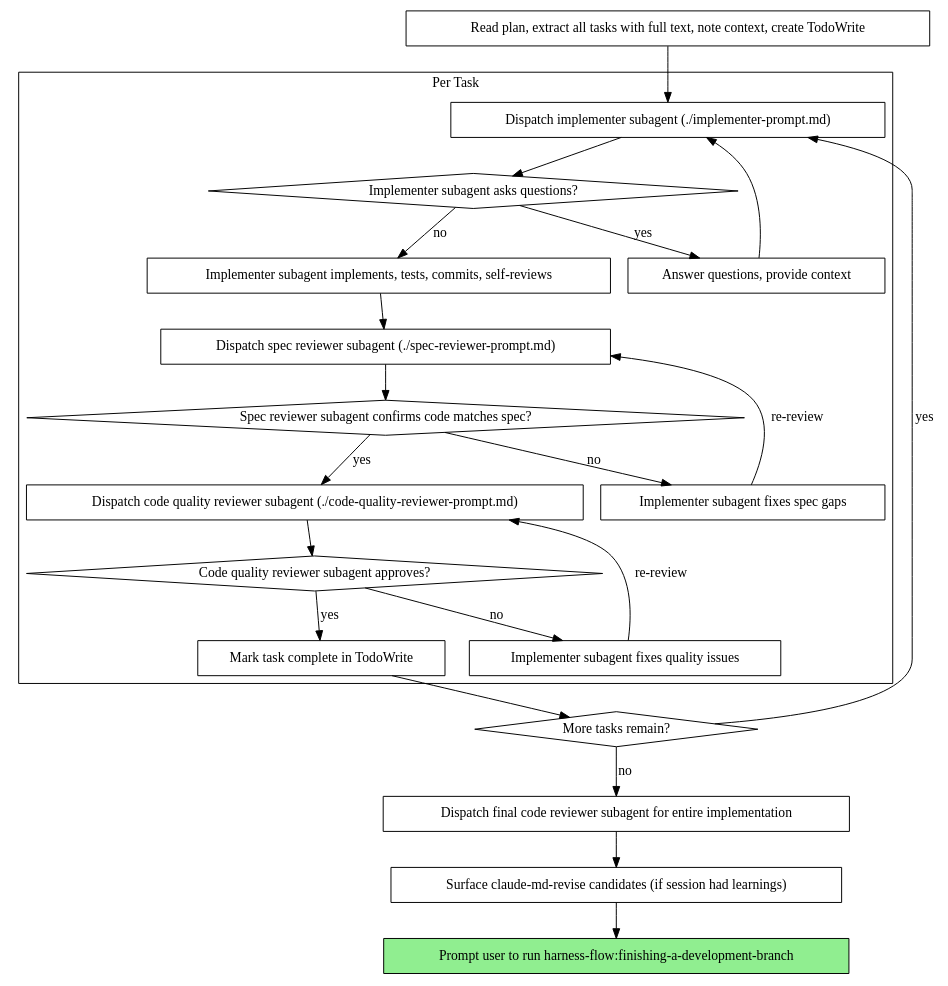
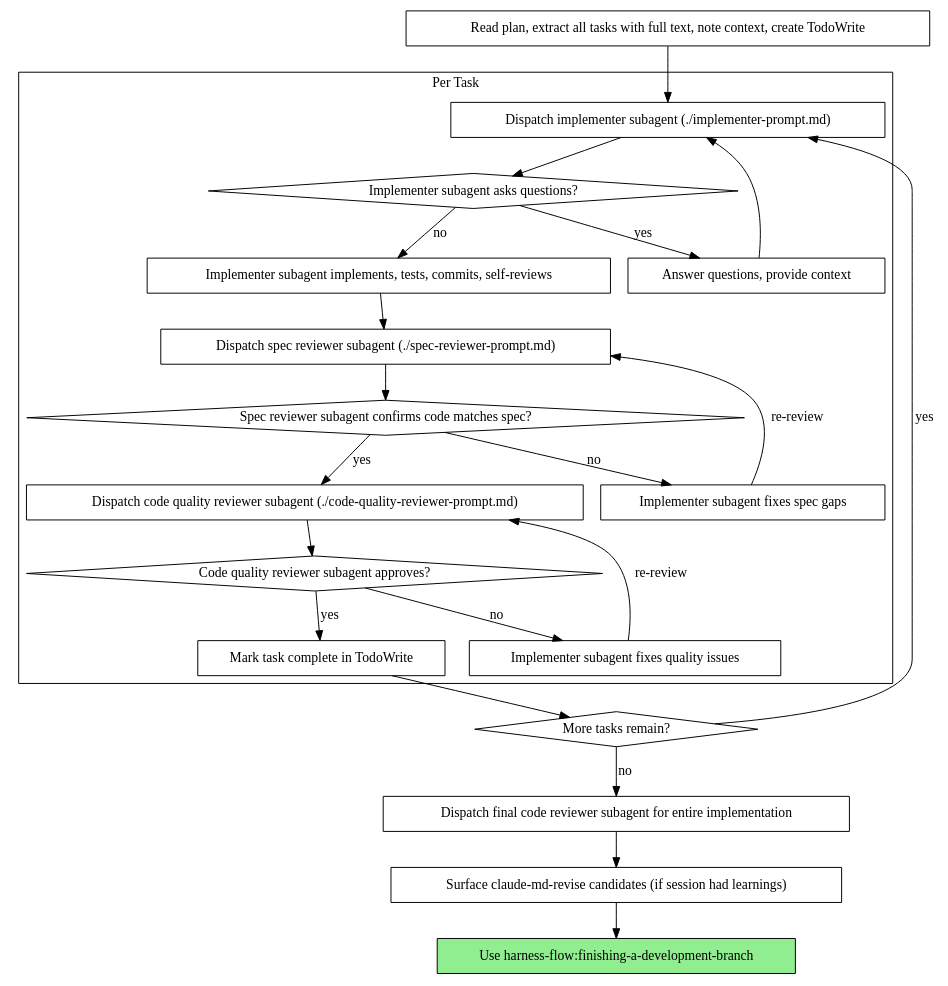
One commit to wonjinsin/harness-flow changed the second of 2 diagrams in skills/subagent-driven-development/SKILL.md. Above: the diagram before and after it, drawn with Graphviz. The commit also changed other lines of this file and 2 other files, not shown here.

First line of the commit message:
fix(skill): restore claude-md-revise in subagent-driven-development, drop phantom refs

````diff
--- a/skills/subagent-driven-development/SKILL.md
+++ b/skills/subagent-driven-development/SKILL.md
@@ -32,46 +34,46 @@
 ```dot
 digraph process {
     rankdir=TB;
 
     subgraph cluster_per_task {
         label="Per Task";
         "Dispatch implementer subagent (./implementer-prompt.md)" [shape=box];
         "Implementer subagent asks questions?" [shape=diamond];
         "Answer questions, provide context" [shape=box];
         "Implementer subagent implements, tests, commits, self-reviews" [shape=box];
         "Dispatch spec reviewer subagent (./spec-reviewer-prompt.md)" [shape=box];
         "Spec reviewer subagent confirms code matches spec?" [shape=diamond];
         "Implementer subagent fixes spec gaps" [shape=box];
         "Dispatch code quality reviewer subagent (./code-quality-reviewer-prompt.md)" [shape=box];
         "Code quality reviewer subagent approves?" [shape=diamond];
         "Implementer subagent fixes quality issues" [shape=box];
         "Mark task complete in TodoWrite" [shape=box];
     }
 
     "Read plan, extract all tasks with full text, note context, create TodoWrite" [shape=box];
     "More tasks remain?" [shape=diamond];
     "Dispatch final code reviewer subagent for entire implementation" [shape=box];
     "Surface claude-md-revise candidates (if session had learnings)" [shape=box];
-    "Prompt user to run harness-flow:finishing-a-development-branch" [shape=box style=filled fillcolor=lightgreen];
+    "Use harness-flow:finishing-a-development-branch" [shape=box style=filled fillcolor=lightgreen];
 
     "Read plan, extract all tasks with full text, note context, create TodoWrite" -> "Dispatch implementer subagent (./implementer-prompt.md)";
     "Dispatch implementer subagent (./implementer-prompt.md)" -> "Implementer subagent asks questions?";
     "Implementer subagent asks questions?" -> "Answer questions, provide context" [label="yes"];
     "Answer questions, provide context" -> "Dispatch implementer subagent (./implementer-prompt.md)";
     "Implementer subagent asks questions?" -> "Implementer subagent implements, tests, commits, self-reviews" [label="no"];
     "Implementer subagent implements, tests, commits, self-reviews" -> "Dispatch spec reviewer subagent (./spec-reviewer-prompt.md)";
     "Dispatch spec reviewer subagent (./spec-reviewer-prompt.md)" -> "Spec reviewer subagent confirms code matches spec?";
     "Spec reviewer subagent confirms code matches spec?" -> "Implementer subagent fixes spec gaps" [label="no"];
     "Implementer subagent fixes spec gaps" -> "Dispatch spec reviewer subagent (./spec-reviewer-prompt.md)" [label="re-review"];
     "Spec reviewer subagent confirms code matches spec?" -> "Dispatch code quality reviewer subagent (./code-quality-reviewer-prompt.md)" [label="yes"];
     "Dispatch code quality reviewer subagent (./code-quality-reviewer-prompt.md)" -> "Code quality reviewer subagent approves?";
     "Code quality reviewer subagent approves?" -> "Implementer subagent fixes quality issues" [label="no"];
     "Implementer subagent fixes quality issues" -> "Dispatch code quality reviewer subagent (./code-quality-reviewer-prompt.md)" [label="re-review"];
     "Code quality reviewer subagent approves?" -> "Mark task complete in TodoWrite" [label="yes"];
     "Mark task complete in TodoWrite" -> "More tasks remain?";
     "More tasks remain?" -> "Dispatch implementer subagent (./implementer-prompt.md)" [label="yes"];
     "More tasks remain?" -> "Dispatch final code reviewer subagent for entire implementation" [label="no"];
     "Dispatch final code reviewer subagent for entire implementation" -> "Surface claude-md-revise candidates (if session had learnings)";
-    "Surface claude-md-revise candidates (if session had learnings)" -> "Prompt user to run harness-flow:finishing-a-development-branch";
+    "Surface claude-md-revise candidates (if session had learnings)" -> "Use harness-flow:finishing-a-development-branch";
 }
 ```
````
